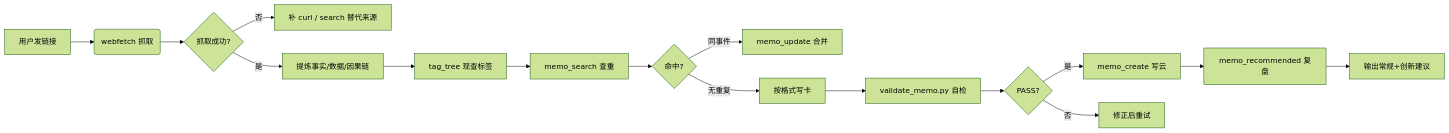
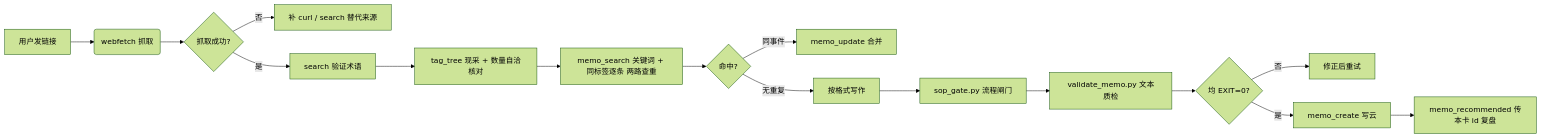
The diagram in README.md (shushuzn/flomo-note), drawn with Mermaid (forest theme) before and after one commit. The commit also changed other lines of this file and 9 other files, not shown here.

Commit message:
feat(闸门): SOP 检查型步骤机械强制（sop_gate.py）+ 文档一致性修复

````diff
--- a/README.md
+++ b/README.md
@@ -142,18 +181,18 @@
 ```mermaid
 graph LR
     A[用户发链接] --> B(webfetch 抓取)
     B --> C{抓取成功?}
     C -->|否| D[补 curl / search 替代来源]
-    C -->|是| E[提炼事实/数据/因果链]
-    E --> F[tag_tree 现查标签]
-    F --> G[memo_search 查重]
+    C -->|是| E[search 验证术语]
+    E --> F[tag_tree 现采 + 数量自洽核对]
+    F --> G[memo_search 关键词 + 同标签逐条 两路查重]
     G --> H{命中?}
     H -->|同事件| I[memo_update 合并]
-    H -->|无重复| J[按格式写卡]
-    J --> K[validate_memo.py 自检]
-    K --> L{PASS?}
-    L -->|是| M[memo_create 写云]
-    L -->|否| N[修正后重试]
-    M --> O[memo_recommended 复盘]
-    O --> P[输出常规+创新建议]
+    H -->|无重复| J[按格式写作]
+    J --> K[sop_gate.py 流程闸门]
+    K --> L[validate_memo.py 文本质检]
+    L --> M{均 EXIT=0?}
+    M -->|否| N[修正后重试]
+    M -->|是| O[memo_create 写云]
+    O --> P[memo_recommended 传本卡 id 复盘]
 ```
````
